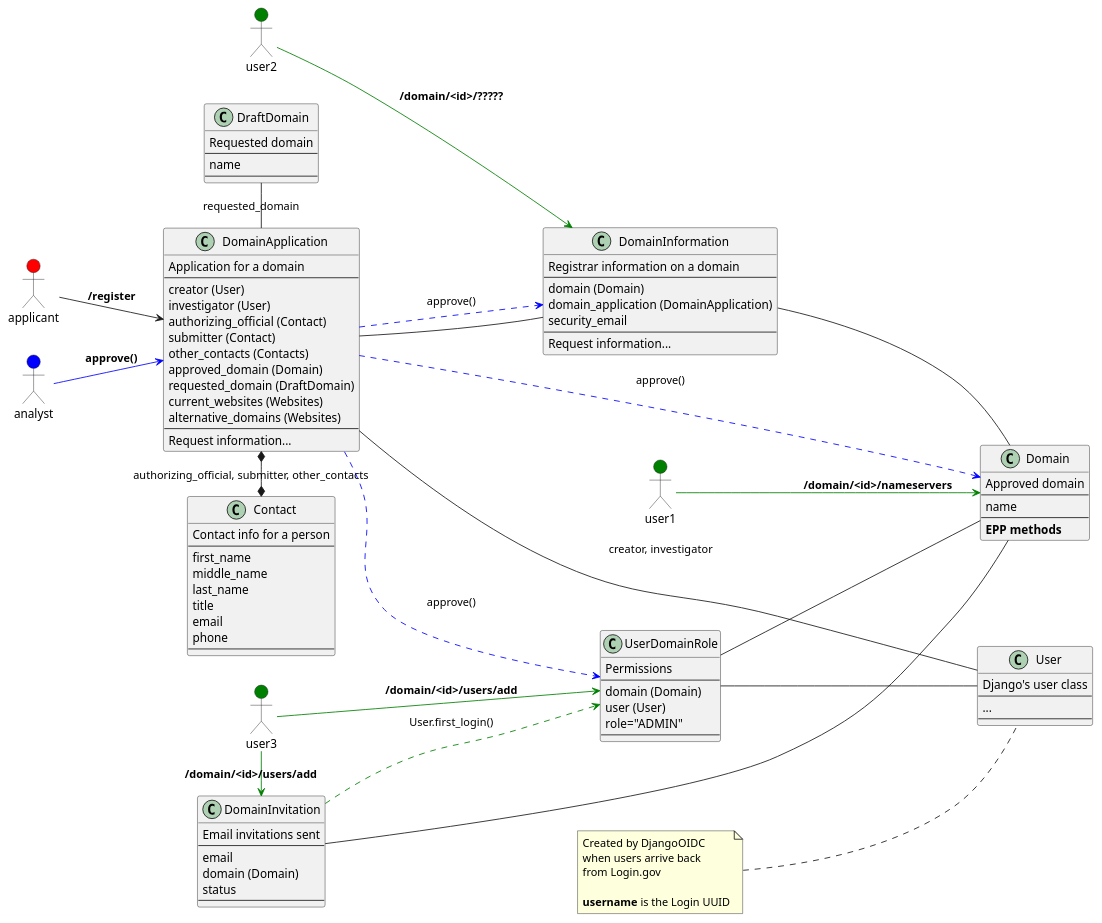
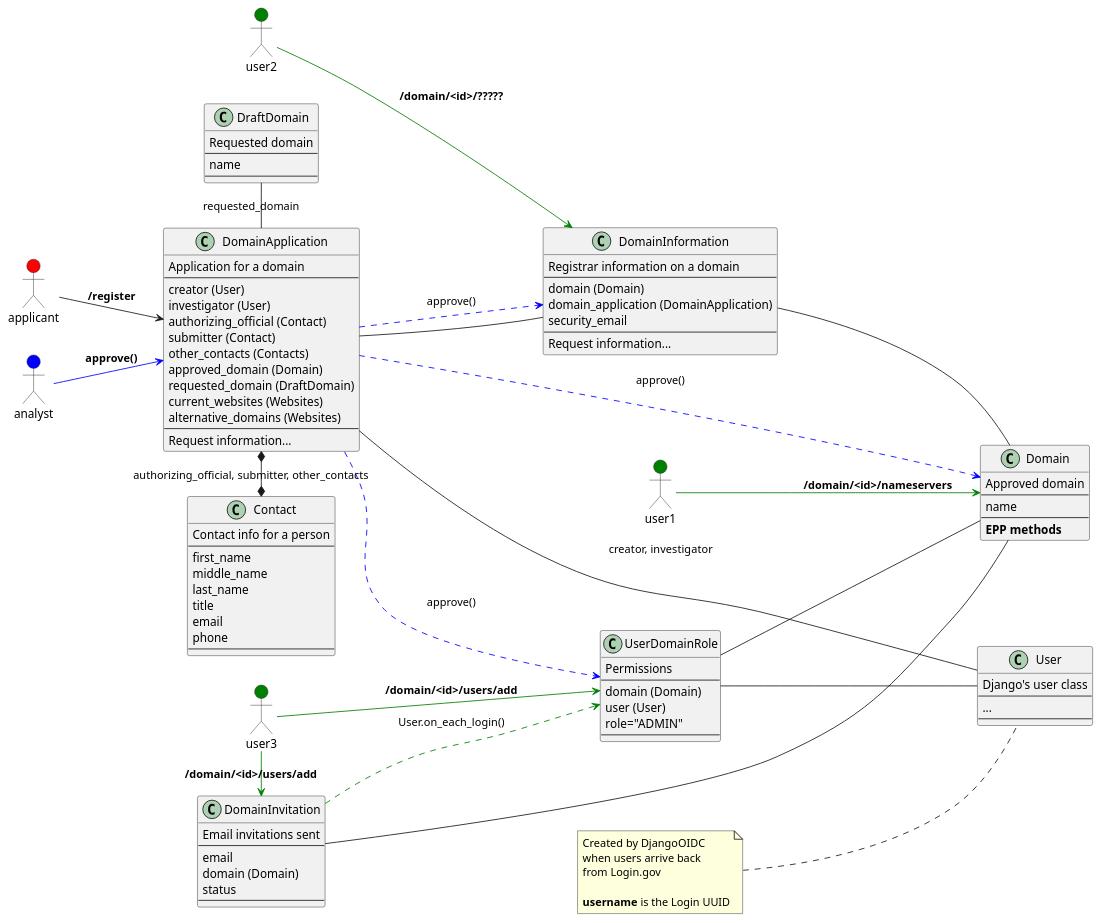
One commit to cisagov/manage.get.gov changed the diagram in docs/architecture/diagrams/model_timeline.md. Above: the diagram before and after it, drawn with PlantUML. The commit also changed 6 other files, not shown here.

Commit message:
checking transition domains on each login rather than on first login only

```diff
--- a/docs/architecture/diagrams/model_timeline.md
+++ b/docs/architecture/diagrams/model_timeline.md
@@ -136,7 +136,7 @@
   --
 }
 DomainInvitation -- Domain
-DomainInvitation .[#green].> UserDomainRole : User.first_login()
+DomainInvitation .[#green].> UserDomainRole : User.on_each_login()
 
 actor applicant #Red
 applicant -d-> DomainApplication : **/register**
```
